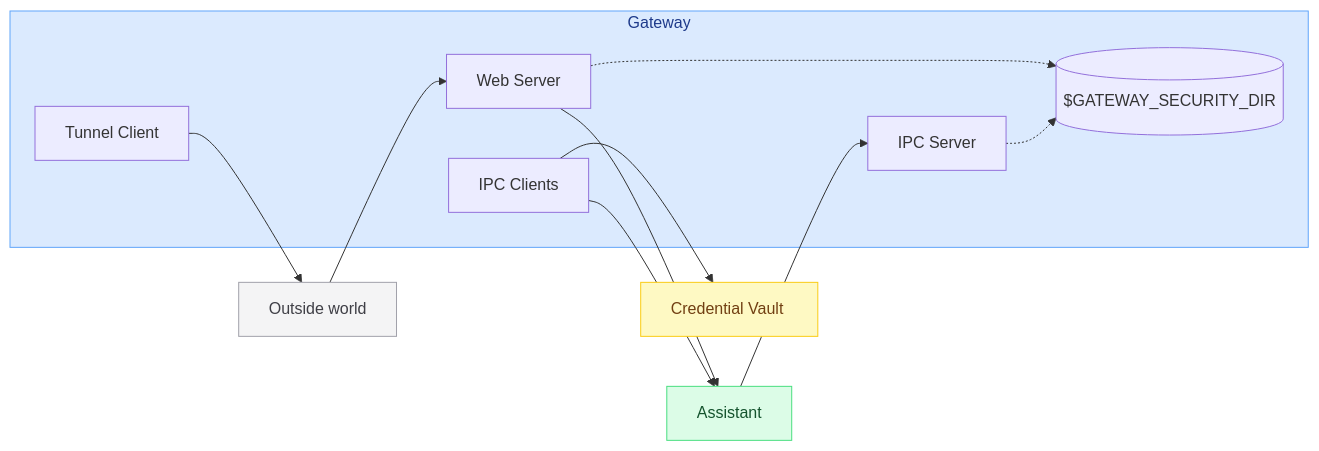
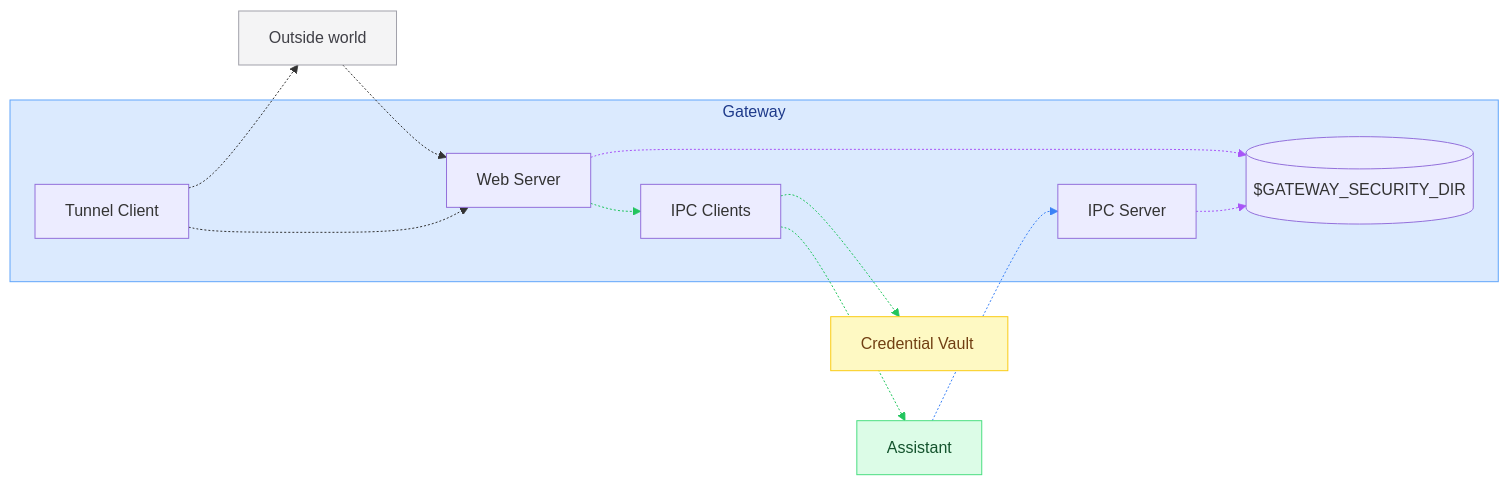
The third of 3 diagrams in clients/docs/src/content/architecture.md (manziosee/mycadet-temp), drawn with Mermaid before and after one commit. The commit also changed other lines of this file and 13 other files, not shown here.

````diff
--- a/clients/docs/src/content/architecture.md
+++ b/clients/docs/src/content/architecture.md
@@ -83,29 +89,33 @@
 ```mermaid
 flowchart LR
   classDef world fill:#f4f4f5,stroke:#a1a1aa,color:#3f3f46
   classDef assistant fill:#dcfce7,stroke:#4ade80,color:#14532d
   classDef vault fill:#fef9c3,stroke:#facc15,color:#713f12
   classDef store fill:#f5f5f4,stroke:#a8a29e,color:#44403c
 
   subgraph gatewayBox["Gateway"]
     style gatewayBox fill:#dbeafe,stroke:#60a5fa,color:#1e3a8a
     WebServer["Web Server"]
     IpcServer["IPC Server"]
     IpcClients["IPC Clients"]
     TunnelClient["Tunnel Client"]
     SecurityDir[("$GATEWAY_SECURITY_DIR")]
   end
 
   World["Outside world"]:::world
   Assistant["Assistant"]:::assistant
   CES["Credential Vault&nbsp;"]:::vault
 
-  World --> WebServer
-  WebServer --> Assistant
-  Assistant --> IpcServer
-  IpcClients --> Assistant
-  IpcClients --> CES
-  TunnelClient --> World
+  World -.-> WebServer
+  WebServer -.-> IpcClients
+  Assistant -.-> IpcServer
+  IpcClients -.-> Assistant
+  IpcClients -.-> CES
+  TunnelClient -.-> World
+  TunnelClient -.-> WebServer
   WebServer -.-> SecurityDir
   IpcServer -.-> SecurityDir
+  linkStyle 1,3,4 stroke:#22c55e
+  linkStyle 2 stroke:#3b82f6
+  linkStyle 7,8 stroke:#a855f7
 ```
````
